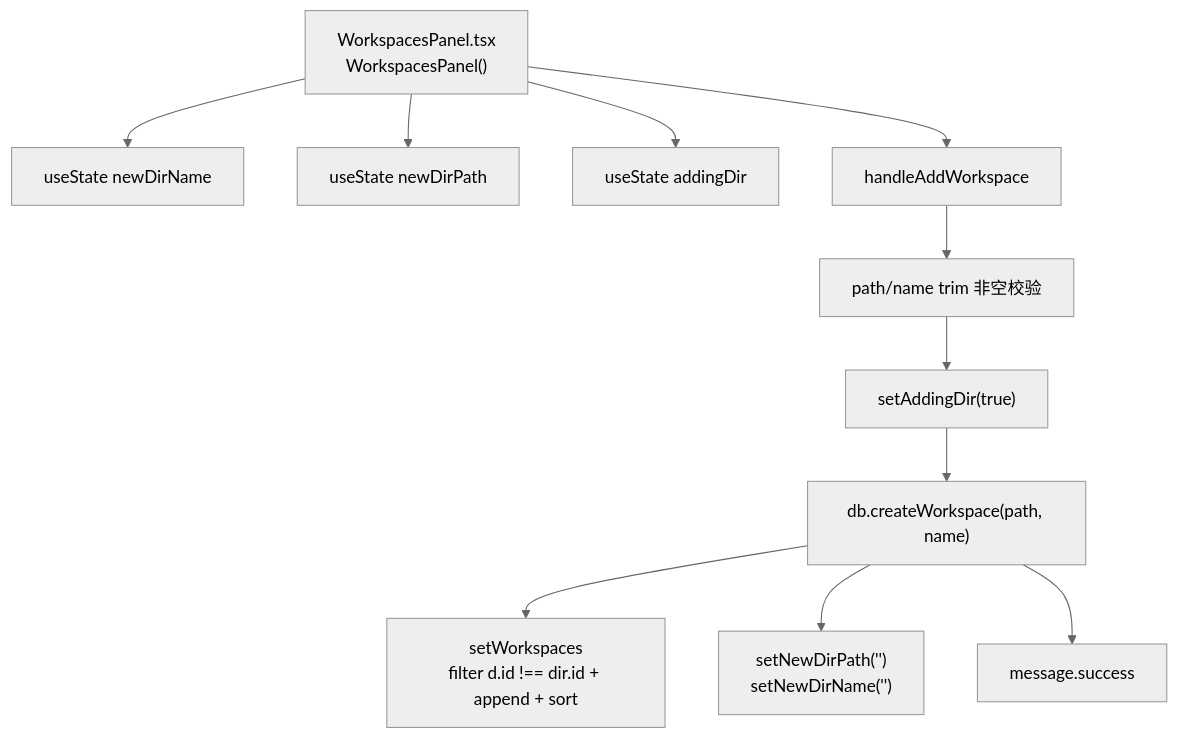
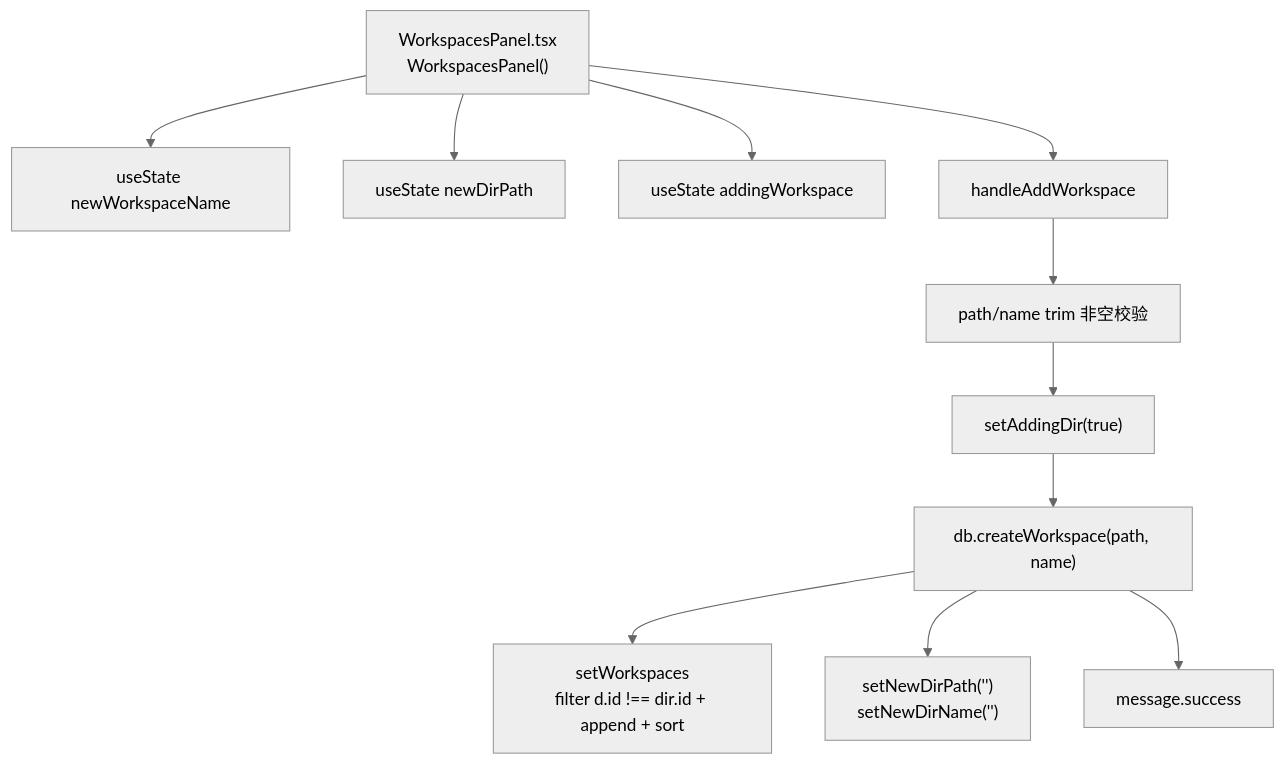
Before and after one commit to weibaohui/ntd: the second of 4 diagrams in frontend/src/help/pages/ws-add.md, drawn with Mermaid (neutral theme). The commit also changed 2 other files, not shown here.

Commit message:
refactor(104): WorkspacesPanel 内部表单状态变量统一为 workspace 命名
- newDirPath/newDirName/addingDir/editingDirId/editingDirName →
  newWorkspacePath/newWorkspaceName/addingWorkspace/editingWorkspaceId/editingWorkspaceName
- 渲染 map 参数 dir → ws；帮助页 mermaid 同步
- tsc/vitest(429)/Playwright 面板相关 spec(7) 全部通过

````diff
--- a/frontend/src/help/pages/ws-add.md
+++ b/frontend/src/help/pages/ws-add.md
@@ -20,13 +20,13 @@
 ```mermaid
 flowchart TD
-  Panel["WorkspacesPanel.tsx<br>WorkspacesPanel()"] --> newDirNameState["useState newDirName"]
+  Panel["WorkspacesPanel.tsx<br>WorkspacesPanel()"] --> newWorkspaceNameState["useState newWorkspaceName"]
   Panel --> newDirPathState["useState newDirPath"]
-  Panel --> addingDirState["useState addingDir"]
+  Panel --> addingWorkspaceState["useState addingWorkspace"]
   Panel --> handleAddWorkspace["handleAddWorkspace"]
   handleAddWorkspace --> trimCheck["path/name trim 非空校验"]
   trimCheck --> setAddingDir["setAddingDir(true)"]
   setAddingDir --> db1["db.createWorkspace(path, name)"]
   db1 --> setWorkspaces["setWorkspaces<br>filter d.id !== dir.id + append + sort"]
   db1 --> resetInputs["setNewDirPath('')<br>setNewDirName('')"]
   db1 --> messageSuccess["message.success"]
 ```
````
